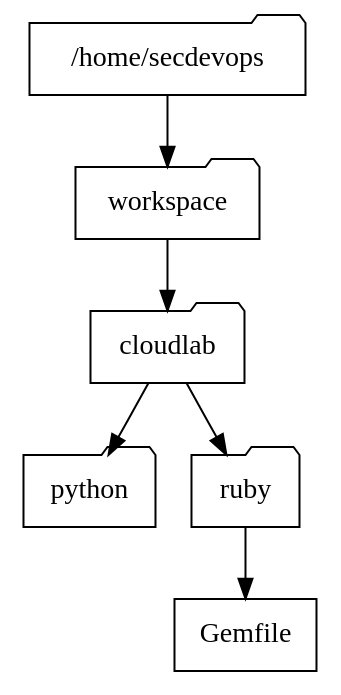
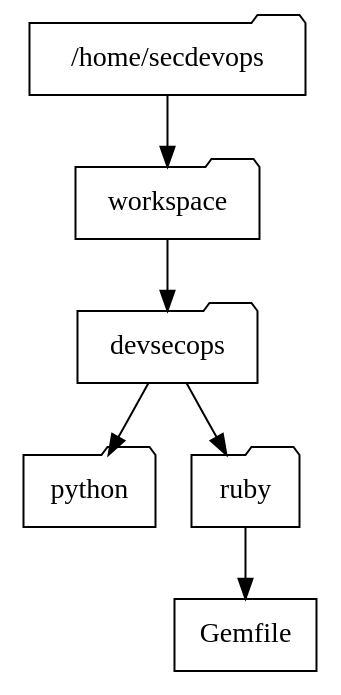
The diagram in docs/_source/x3_ruby.rst (ajcborges/devsecops-tactical-workbook), drawn with Graphviz before and after one commit. The commit also changed 9 other files, not shown here.

```diff
--- a/docs/_source/x3_ruby.rst
+++ b/docs/_source/x3_ruby.rst
@@ -46,17 +46,17 @@
 .. graphviz::
    :caption: Project Directory
    :align: center
 
    digraph folders {
       "/home/secdevops" [shape=folder];
       "workspace" [shape=folder];
-      "cloudlab" [shape=folder];
+      "devsecops" [shape=folder];
       "python" [shape=folder];
       "ruby" [shape=folder];
       "Gemfile" [shape=rectangle];
       "/home/secdevops" -> "workspace";
-      "workspace" -> "cloudlab";
-      "cloudlab" -> "python";
-      "cloudlab" -> "ruby";
+      "workspace" -> "devsecops";
+      "devsecops" -> "python";
+      "devsecops" -> "ruby";
       "ruby" -> "Gemfile";
    }
```
